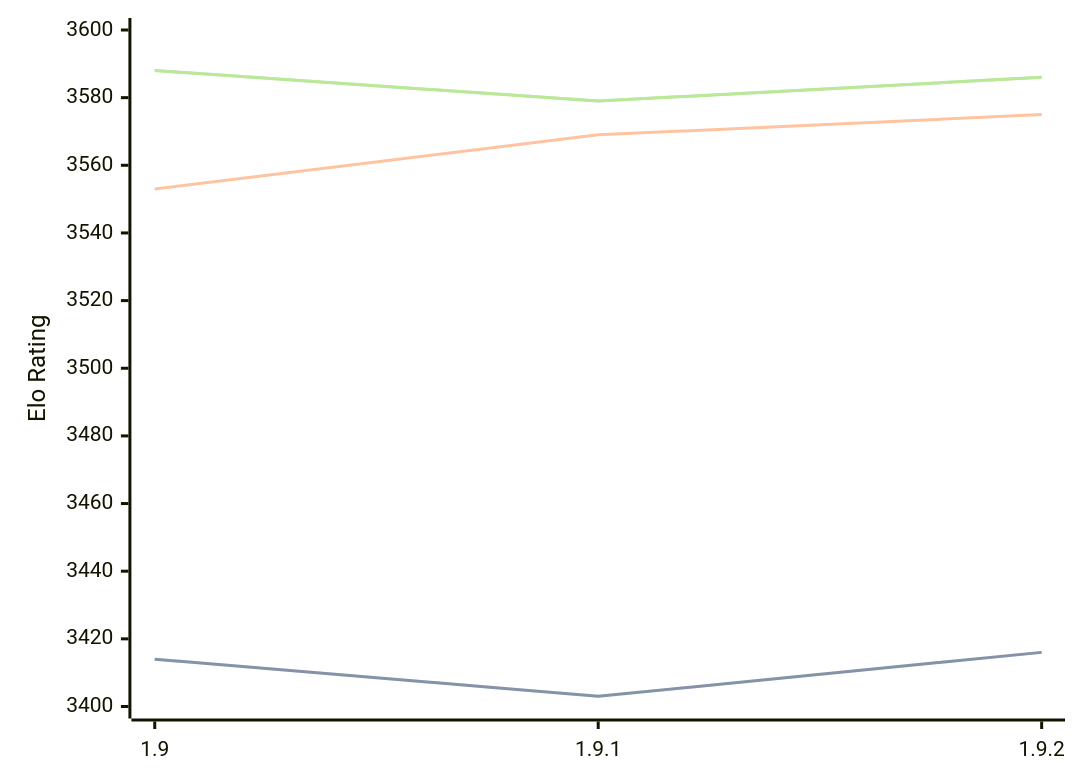
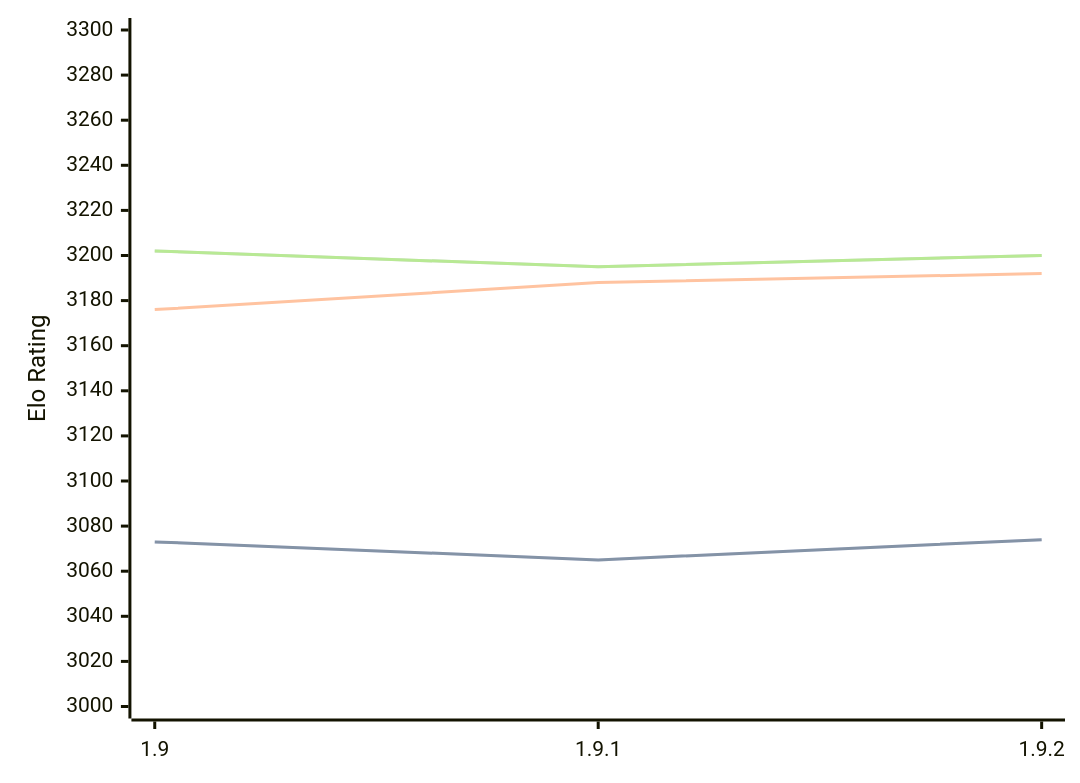
One commit to computer-chess-index/cci changed the diagram in engines/Pawnocchio.md. Above: the diagram before and after it, drawn with Mermaid. The commit also changed other lines of this file, not shown here.

Commit message:
Update CCI Ratings (ELO VLTC) - 2026-02-23

````diff
--- a/engines/Pawnocchio.md
+++ b/engines/Pawnocchio.md
@@ -45,11 +45,11 @@
 ```mermaid
 %%{init: {"theme":"base","themeVariables":{"seriesColors:['#a3a3a3','#222221','#faa371']}}}%%
 xychart-beta
   x-axis ["1.9", "1.9.1", "1.9.2"]
-  y-axis "Elo Rating" 3400 --> 3600
-  line "STC (8.0+0.08s)" [3414, 3403, 3416]
-  line "STC (8.0+0.08s)" [3414, 3403, 3416]
-  line "LTC (60.0+0.60s)" [3553, 3569, 3575]
-  line "VLTC (2m24s+1.12s)" [3588, 3579, 3586]
-  line "VLTC (2m24s+1.12s)" [3588, 3579, 3586]
+  y-axis "Elo Rating" 3000 --> 3300
+  line "STC (8.0+0.08s)" [3073, 3065, 3074]
+  line "STC (8.0+0.08s)" [3073, 3065, 3074]
+  line "LTC (60.0+0.60s)" [3176, 3188, 3192]
+  line "VLTC (2m24s+1.12s)" [3202, 3195, 3200]
+  line "VLTC (2m24s+1.12s)" [3202, 3195, 3200]
 ```
````
